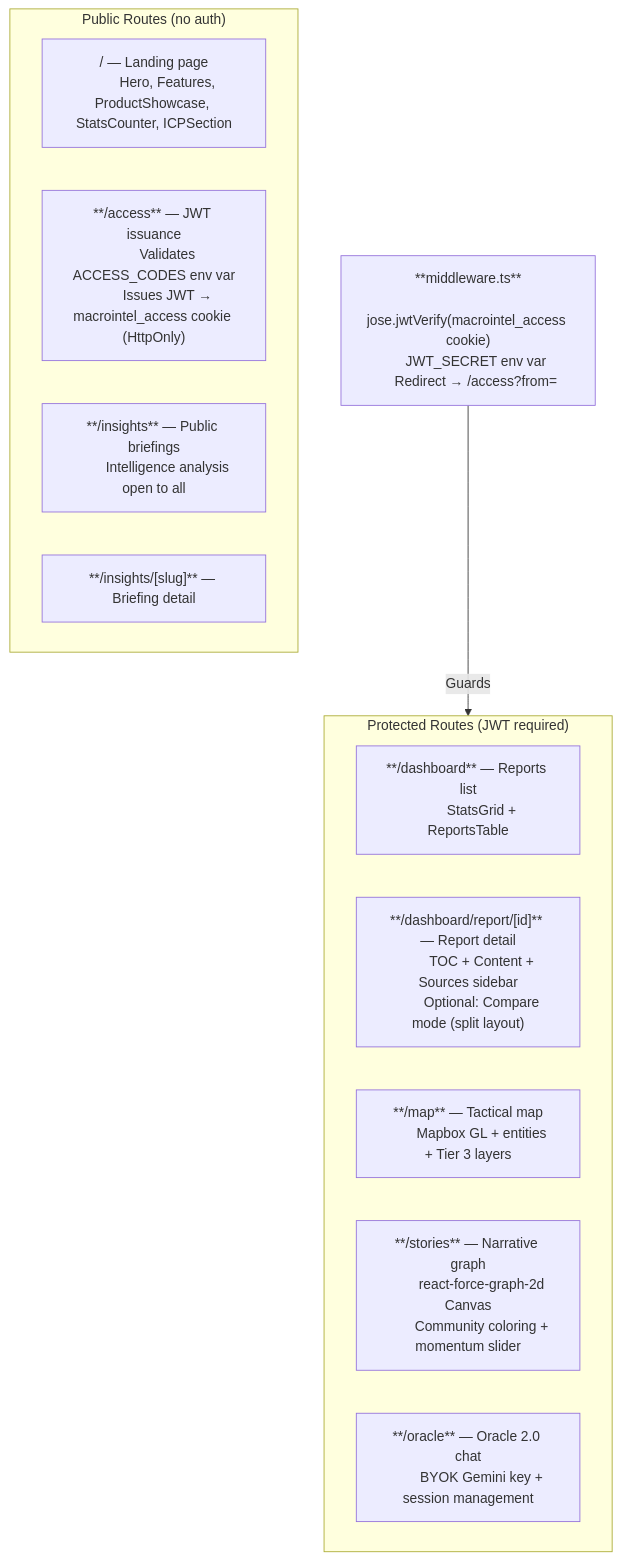
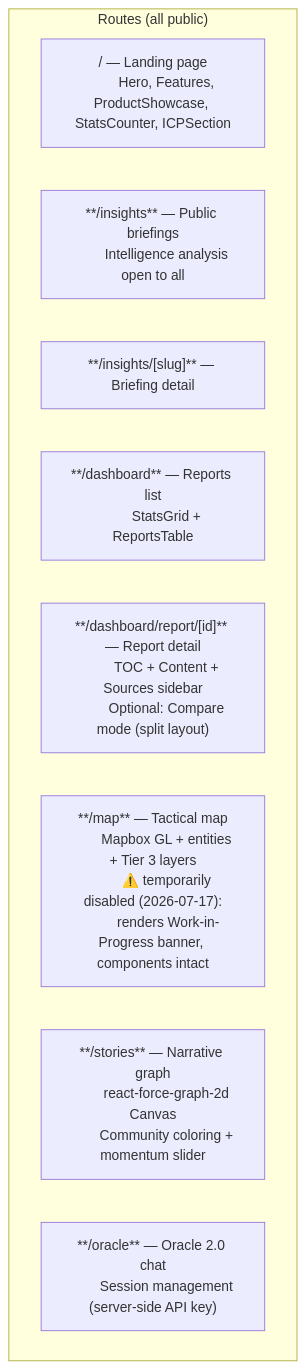
The first of 3 diagrams in docs/architecture/05_frontend.md (TommasoFazzi/MACROINTEL), drawn with Mermaid before and after one commit. The commit also changed other lines of this file and 14 other files, not shown here.

````diff
--- a/docs/architecture/05_frontend.md
+++ b/docs/architecture/05_frontend.md
@@ -7,35 +9,24 @@
 ```mermaid
 flowchart TD
-    subgraph Public["Public Routes (no auth)"]
+    subgraph Routes["Routes (all public)"]
         R0["/ — Landing page
         Hero, Features, ProductShowcase, StatsCounter, ICPSection"]
-        R_ACC["**/access** — JWT issuance
-        Validates ACCESS_CODES env var
-        Issues JWT → macrointel_access cookie (HttpOnly)"]
         R_INS["**/insights** — Public briefings
         Intelligence analysis open to all"]
         R_INS_D["**/insights/[slug]** — Briefing detail"]
-    end
-
-    subgraph Protected["Protected Routes (JWT required)"]
         R_DASH["**/dashboard** — Reports list
         StatsGrid + ReportsTable"]
         R_RPT["**/dashboard/report/[id]** — Report detail
         TOC + Content + Sources sidebar
         Optional: Compare mode (split layout)"]
         R_MAP["**/map** — Tactical map
-        Mapbox GL + entities + Tier 3 layers"]
+        Mapbox GL + entities + Tier 3 layers
+        ⚠️ temporarily disabled (2026-07-17):
+        renders Work-in-Progress banner, components intact"]
         R_ST["**/stories** — Narrative graph
         react-force-graph-2d Canvas
         Community coloring + momentum slider"]
         R_ORC["**/oracle** — Oracle 2.0 chat
-        BYOK Gemini key + session management"]
+        Session management (server-side API key)"]
     end
-
-    MW["**middleware.ts**
-    jose.jwtVerify(macrointel_access cookie)
-    JWT_SECRET env var
-    Redirect → /access?from=<path> if invalid"]
-
-    MW -->|Guards| Protected
 ```
````
